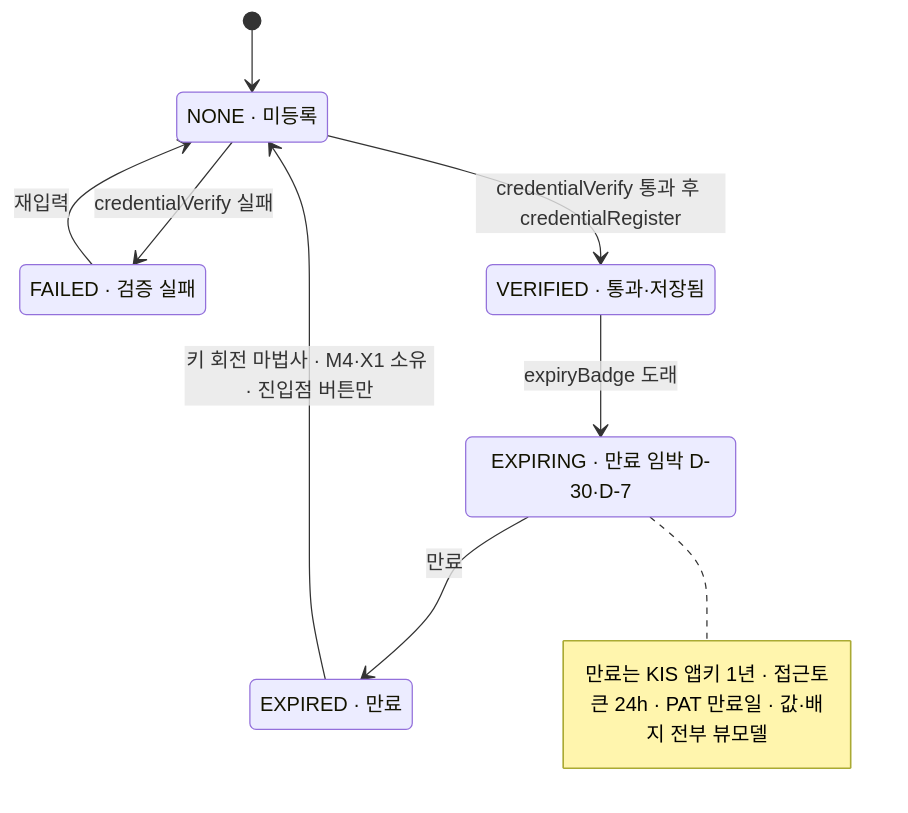
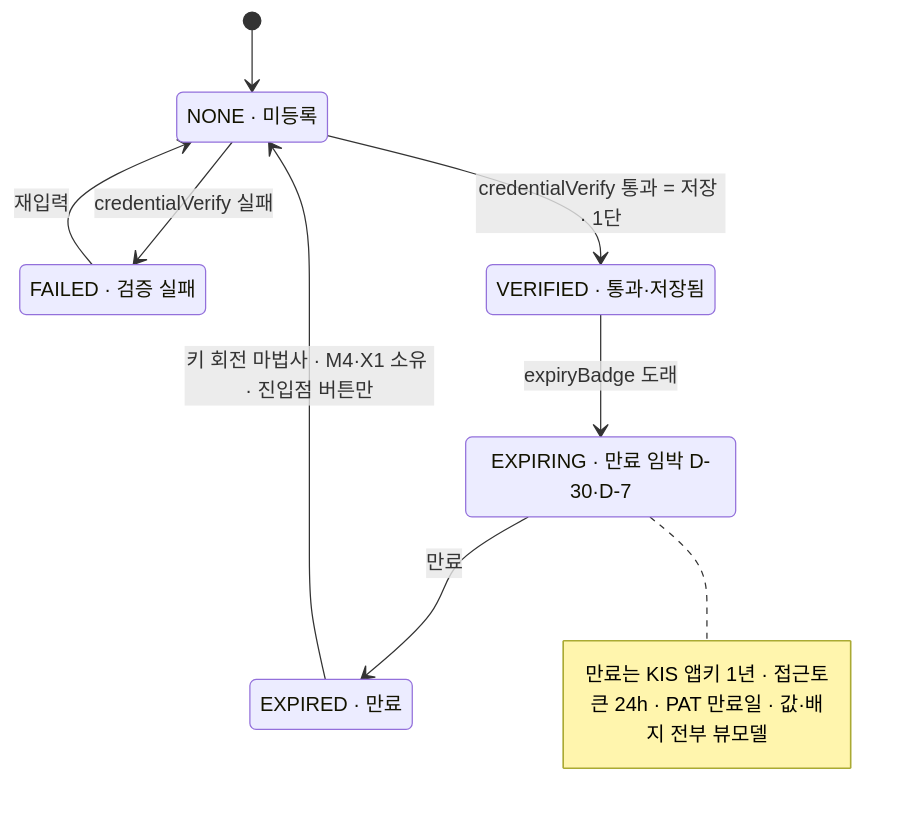
Before and after one commit to billybeom/AutoAlphaQuant: the sixth of 24 diagrams in docs/ai-context/05_화면명세_M9_설정_관리자.md, drawn with Mermaid. The commit also changed other lines of this file and 3 other files, not shown here.

````diff
--- a/docs/ai-context/05_화면명세_M9_설정_관리자.md
+++ b/docs/ai-context/05_화면명세_M9_설정_관리자.md
@@ -263,16 +264,16 @@
 ```mermaid
 stateDiagram-v2
   state "NONE · 미등록" as NONE
   state "FAILED · 검증 실패" as FAILED
   state "VERIFIED · 통과·저장됨" as VERIFIED
   state "EXPIRING · 만료 임박 D-30·D-7" as EXPIRING
   state "EXPIRED · 만료" as EXPIRED
   [*] --> NONE
   NONE --> FAILED : credentialVerify 실패
   FAILED --> NONE : 재입력
-  NONE --> VERIFIED : credentialVerify 통과 후 credentialRegister
+  NONE --> VERIFIED : credentialVerify 통과 = 저장 · 1단
   VERIFIED --> EXPIRING : expiryBadge 도래
   EXPIRING --> EXPIRED : 만료
   EXPIRED --> NONE : 키 회전 마법사 · M4·X1 소유 · 진입점 버튼만
   note right of EXPIRING : 만료는 KIS 앱키 1년 · 접근토큰 24h · PAT 만료일 · 값·배지 전부 뷰모델
 ```
````
